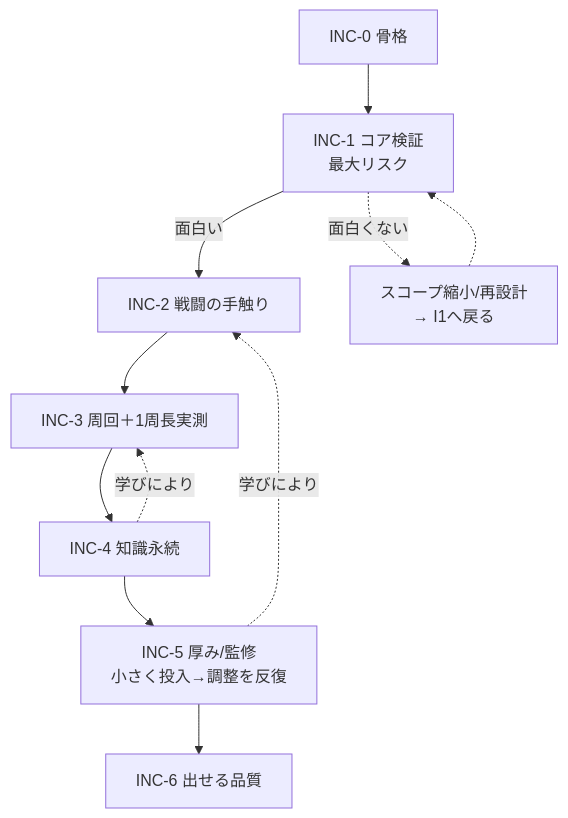
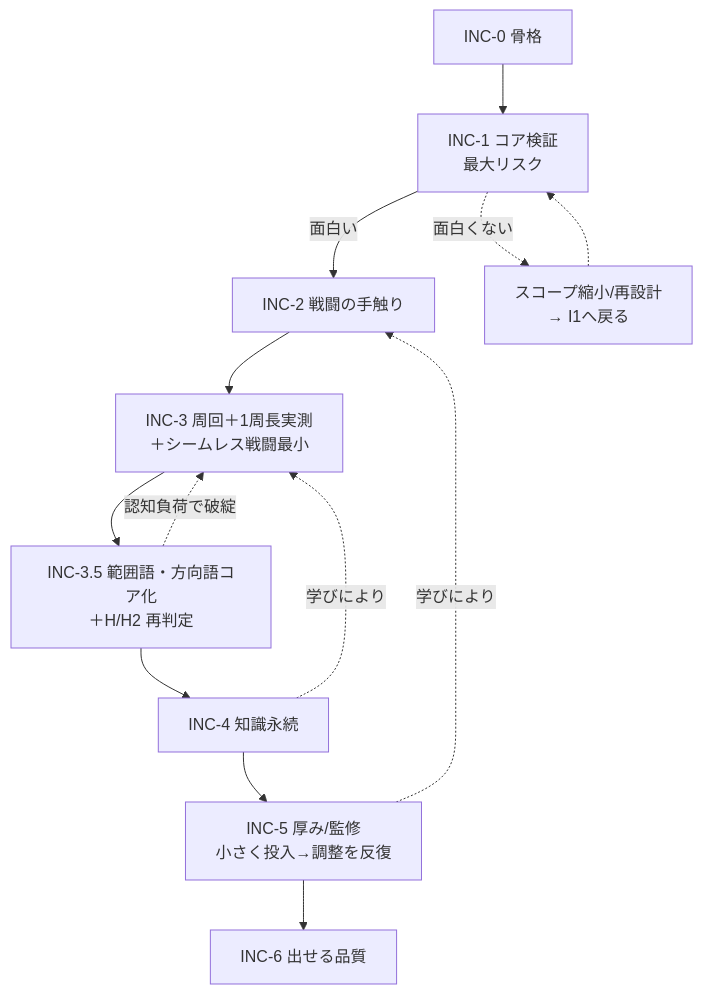
Before and after one commit to maki04591128-tech/Malfraedingur-The-Rune-Mage: the second of 2 diagrams in docs/02_マイルストーンチャート.md, drawn with Mermaid. The commit also changed other lines of this file and 7 other files, not shown here.

````diff
--- a/docs/02_マイルストーンチャート.md
+++ b/docs/02_マイルストーンチャート.md
@@ -174,13 +184,15 @@
 ```mermaid
 flowchart TD
     I0[INC-0 骨格] --> I1[INC-1 コア検証<br/>最大リスク]
     I1 -->|面白い| I2[INC-2 戦闘の手触り]
     I1 -.->|面白くない| RS[スコープ縮小/再設計<br/>→ I1へ戻る]
     RS -.-> I1
-    I2 --> I3[INC-3 周回＋1周長実測]
-    I3 --> I4[INC-4 知識永続]
+    I2 --> I3[INC-3 周回＋1周長実測<br/>＋シームレス戦闘最小]
+    I3 --> I35[INC-3.5 範囲語・方向語コア化<br/>＋H/H2 再判定]
+    I35 --> I4[INC-4 知識永続]
     I4 --> I5[INC-5 厚み/監修<br/>小さく投入→調整を反復]
     I5 --> I6[INC-6 出せる品質]
     I5 -.->|学びにより| I2
     I4 -.->|学びにより| I3
+    I35 -.->|認知負荷で破綻| I3
 ```
````
